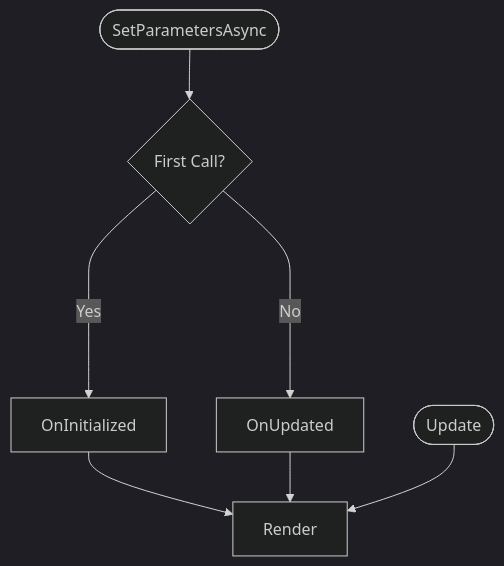
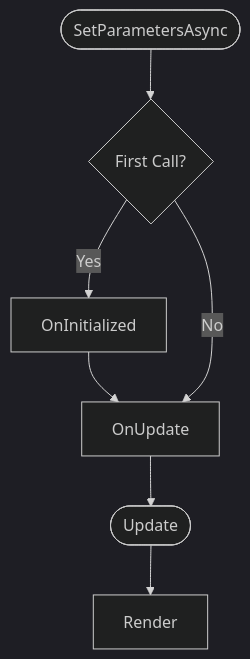
Before and after one commit to DavidVollmers/Ignis: the diagram in docs/components/ComponentLifecycle.md, drawn with Mermaid (dark theme). The commit also changed other lines of this file and 4 other files, not shown here.

````diff
--- a/docs/components/ComponentLifecycle.md
+++ b/docs/components/ComponentLifecycle.md
@@ -15,9 +15,9 @@
 ```mermaid
 flowchart TD
     A([SetParametersAsync]) --> B{First Call?}
     B -->|Yes| C[OnInitialized]
-    C --> D[Render]
-    B ---->|No| E[OnUpdated]
-    E --> D
-    F([Update]) --> D
+    C --> D[OnUpdate]
+    B -->|No| D
+    D --> E([Update])
+    E --> F[Render]
 ```
````
